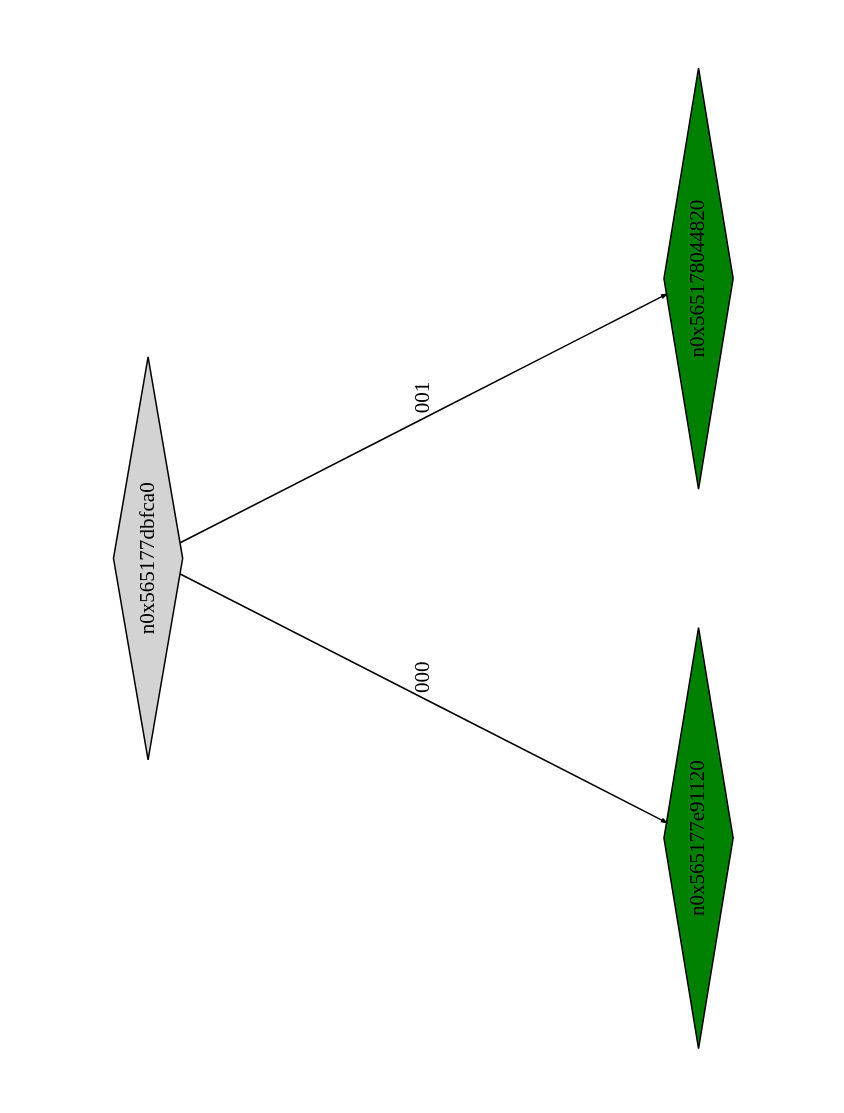
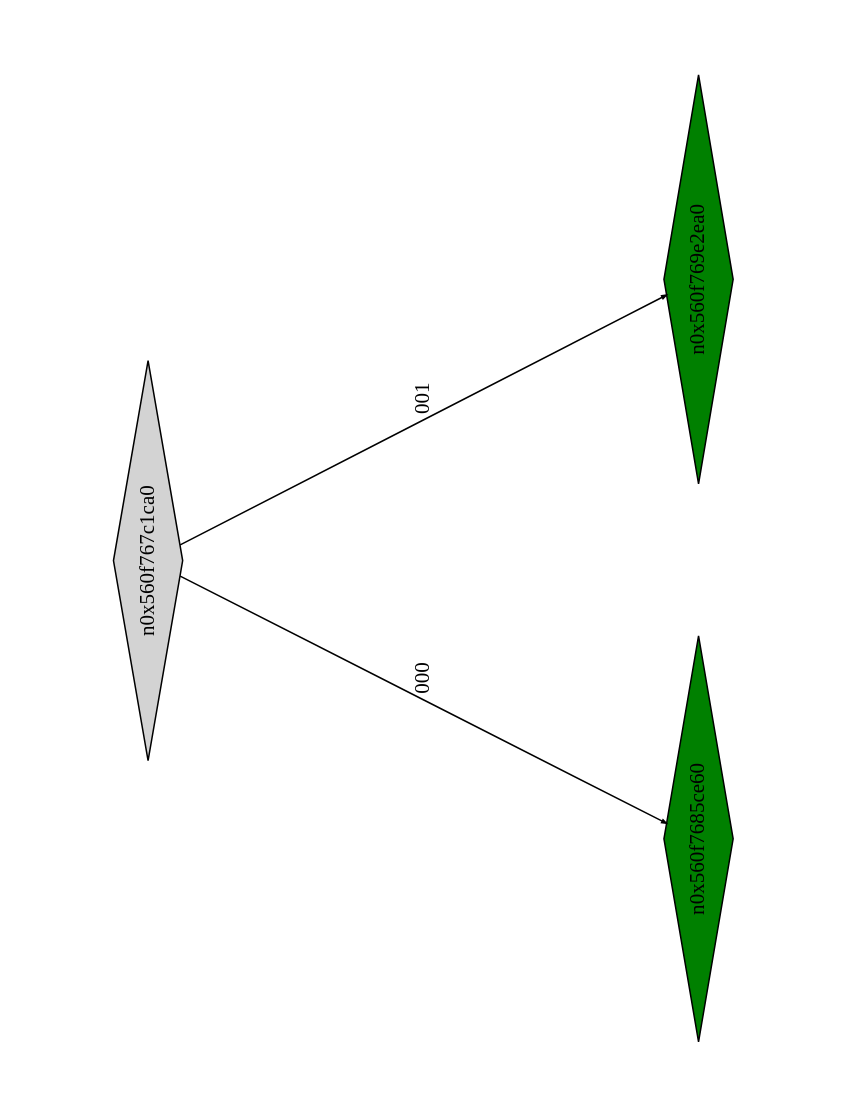
The diagram in montyhall_klee_out/ptree_00001023.dot (Research-Tools-PAVT/PSE-Program-Examples), drawn with Graphviz before and after one commit. The commit also changed 36 other files, not shown here.

```diff
--- a/montyhall_klee_out/ptree_00001023.dot
+++ b/montyhall_klee_out/ptree_00001023.dot
@@ -1,13 +1,13 @@
 digraph G {
 	size="10,7.5";
 	ratio=fill;
 	rotate=90;
 	center = "true";
 	node [style="filled",width=.1,height=.1,fontname="Terminus"]
 	edge [arrowsize=.3]
-	n0x565177dbfca0 [shape=diamond];
-	n0x565177dbfca0 -> n0x565177e91120 [label=000];
-	n0x565177dbfca0 -> n0x565178044820 [label=001];
-	n0x565178044820 [shape=diamond,fillcolor=green];
-	n0x565177e91120 [shape=diamond,fillcolor=green];
+	n0x560f767c1ca0 [shape=diamond];
+	n0x560f767c1ca0 -> n0x560f7685ce60 [label=000];
+	n0x560f767c1ca0 -> n0x560f769e2ea0 [label=001];
+	n0x560f769e2ea0 [shape=diamond,fillcolor=green];
+	n0x560f7685ce60 [shape=diamond,fillcolor=green];
 }
```
